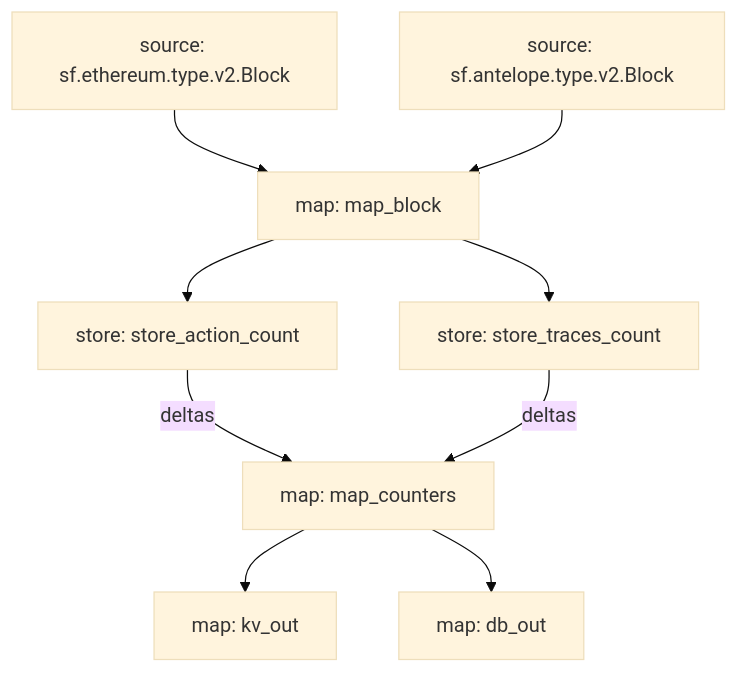
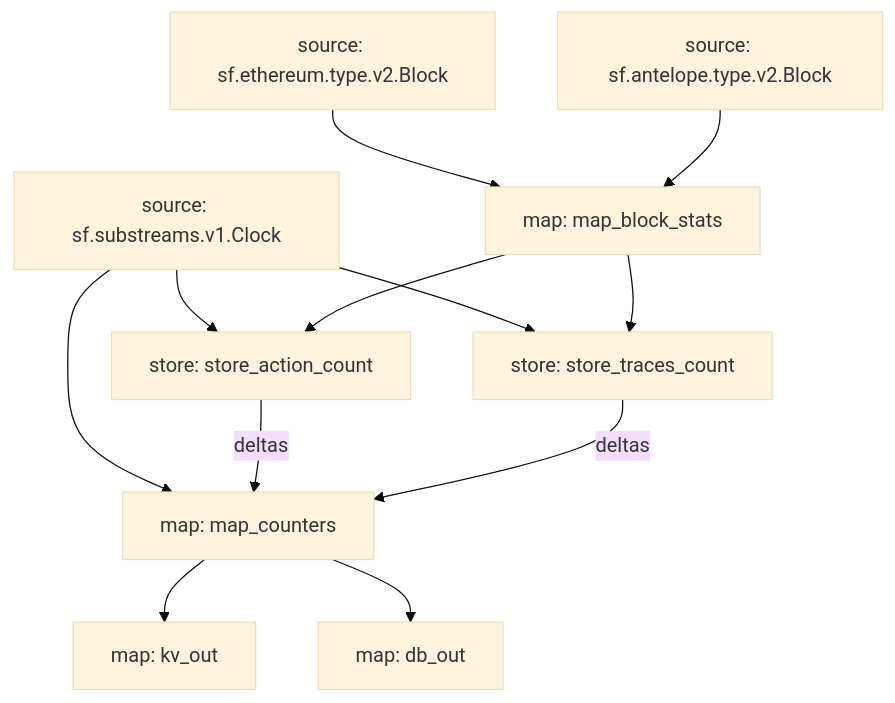
Before and after one commit to pinax-network/subtivity-substreams: the diagram in README.md, drawn with Mermaid (base theme). The commit also changed other lines of this file and 17 other files, not shown here.

````diff
--- a/README.md
+++ b/README.md
@@ -40,17 +40,20 @@
 ```mermaid
 graph TD;
-  map_block[map: map_block]
-  sf.ethereum.type.v2.Block[source: sf.ethereum.type.v2.Block] --> map_block
-  sf.antelope.type.v2.Block[source: sf.antelope.type.v2.Block] --> map_block
+  map_block_stats[map: map_block_stats]
+  sf.ethereum.type.v2.Block[source: sf.ethereum.type.v2.Block] --> map_block_stats
+  sf.antelope.type.v2.Block[source: sf.antelope.type.v2.Block] --> map_block_stats
   store_traces_count[store: store_traces_count]
-  map_block --> store_traces_count
+  sf.substreams.v1.Clock[source: sf.substreams.v1.Clock] --> store_traces_count
+  map_block_stats --> store_traces_count
   store_action_count[store: store_action_count]
-  map_block --> store_action_count
+  sf.substreams.v1.Clock[source: sf.substreams.v1.Clock] --> store_action_count
+  map_block_stats --> store_action_count
   map_counters[map: map_counters]
+  sf.substreams.v1.Clock[source: sf.substreams.v1.Clock] --> map_counters
   store_action_count -- deltas --> map_counters
   store_traces_count -- deltas --> map_counters
   kv_out[map: kv_out]
   map_counters --> kv_out
   db_out[map: db_out]
   map_counters --> db_out
 ```
````
